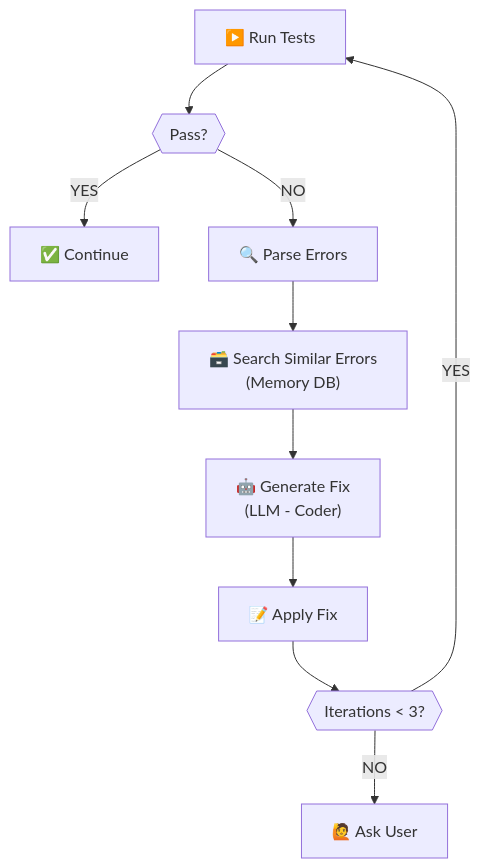
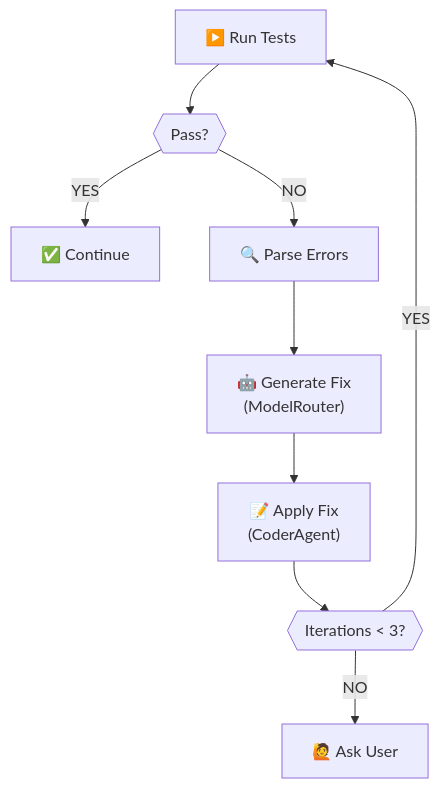
Before and after one commit to ElioNeto/enginai: the third of 3 diagrams in docs/tech spec.md, drawn with Mermaid. The commit also changed other lines of this file and 3 other files, not shown here.

````diff
--- a/docs/tech spec.md
+++ b/docs/tech spec.md
@@ -732,12 +373,11 @@
 ```mermaid
 flowchart TD
     A["▶️ Run Tests"] --> B{{Pass?}}
     B -->|YES| Z["✅ Continue"]
     B -->|NO| C["🔍 Parse Errors"]
-    C --> D["🗃️ Search Similar Errors\n(Memory DB)"]
-    D --> E["🤖 Generate Fix\n(LLM - Coder)"]
-    E --> F["📝 Apply Fix"]
-    F --> G{{"Iterations < 3?"}}
-    G -->|YES| A
-    G -->|NO| H["🙋 Ask User"]
+    C --> D["🤖 Generate Fix\n(ModelRouter)"]
+    D --> E["📝 Apply Fix\n(CoderAgent)"]
+    E --> F{{"Iterations < 3?"}}
+    F -->|YES| A
+    F -->|NO| H["🙋 Ask User"]
 ```
````
